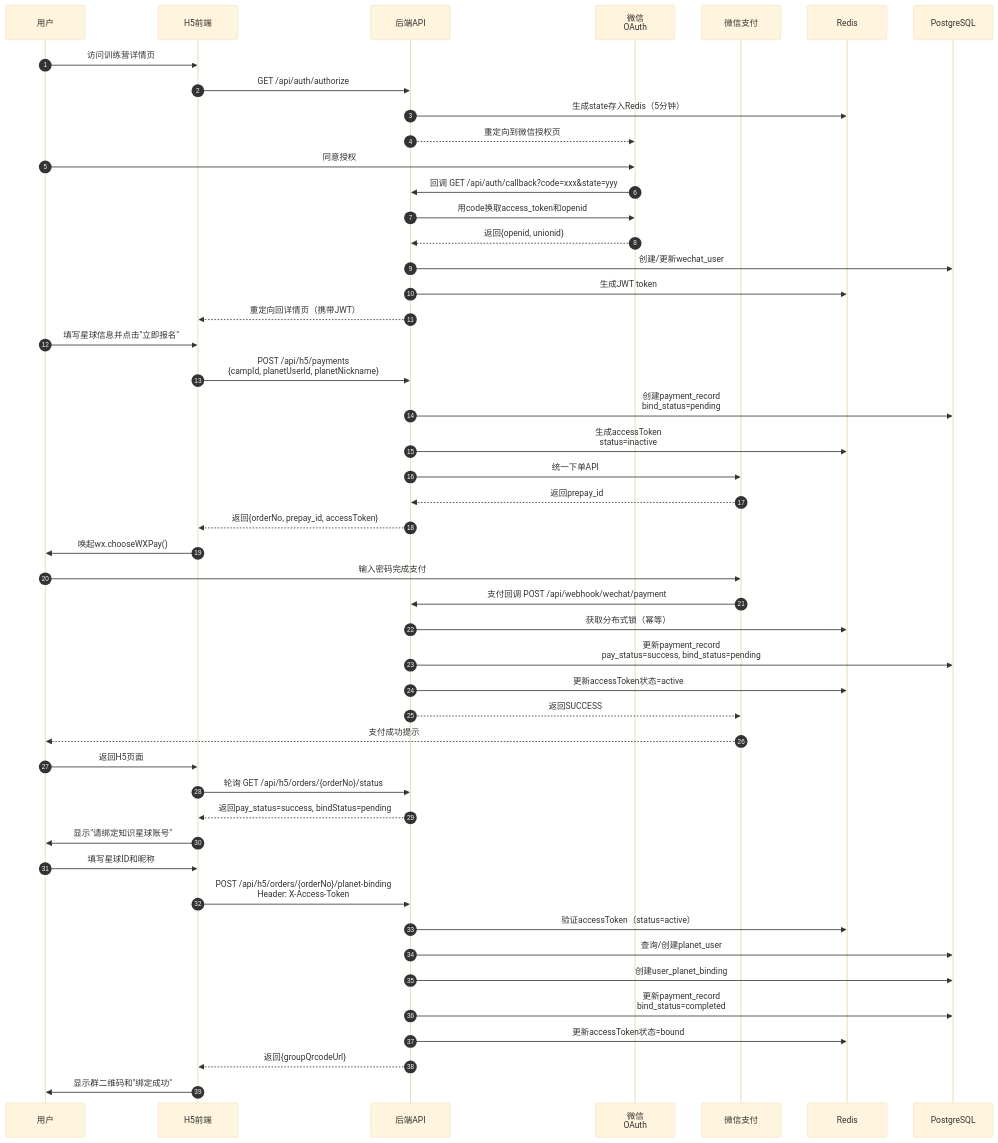
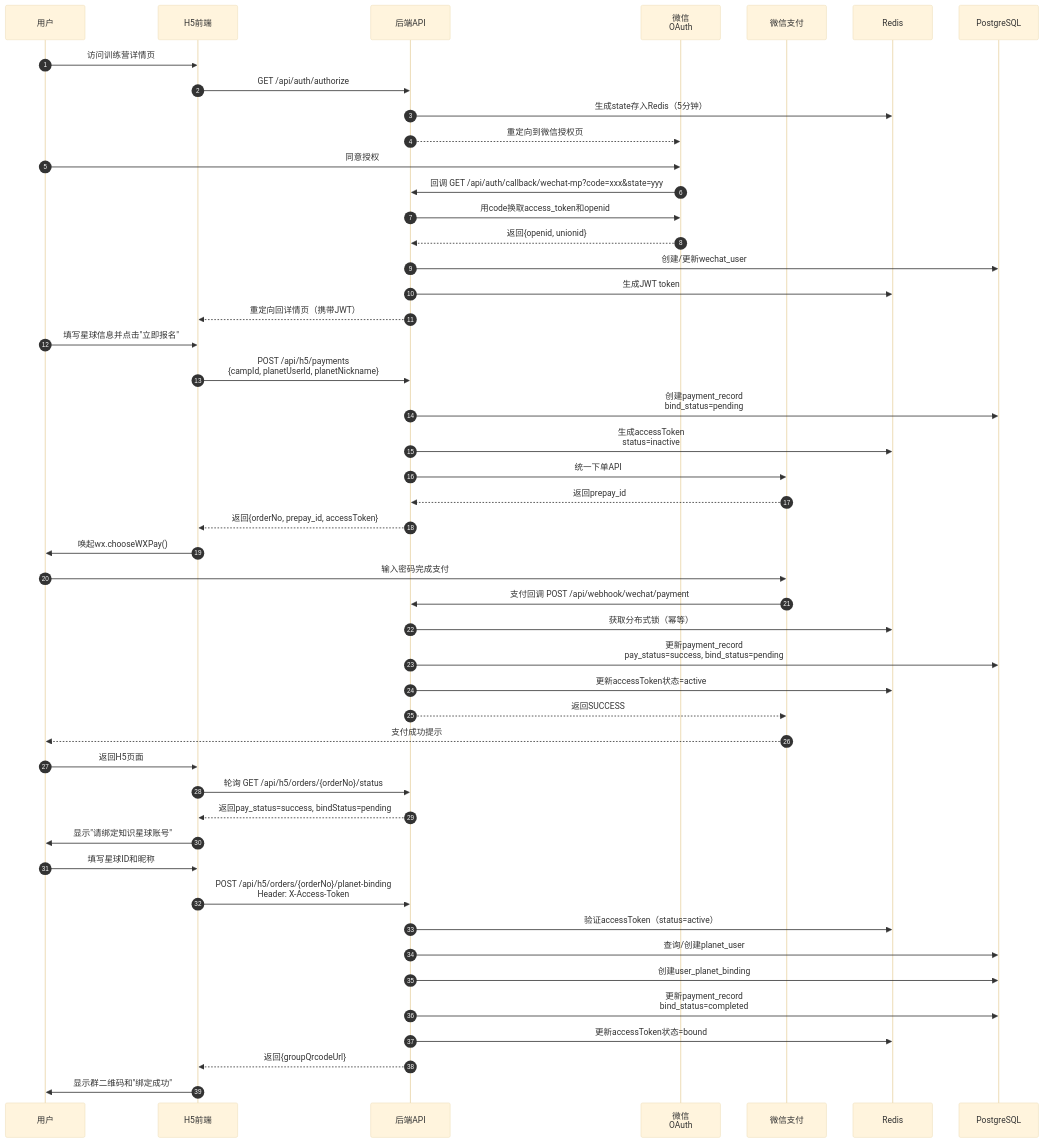
Before and after one commit to yiancode/AutoDepositRefundAgent: the first of 3 diagrams in docs/v1/user-stories/EP02-会员报名与支付.md, drawn with Mermaid (base theme). The commit also changed other lines of this file and 3 other files, not shown here.

````diff
--- a/docs/v1/user-stories/EP02-会员报名与支付.md
+++ b/docs/v1/user-stories/EP02-会员报名与支付.md
@@ -695,58 +695,58 @@
 ```mermaid
 sequenceDiagram
     autonumber
     participant User as 用户
     participant H5 as H5前端
     participant API as 后端API
     participant OAuth as 微信<br/>OAuth
     participant WXPay as 微信支付
     participant Redis
     participant DB as PostgreSQL
 
     %% 阶段1: OAuth授权
     User->>H5: 访问训练营详情页
     H5->>API: GET /api/auth/authorize
     API->>Redis: 生成state存入Redis（5分钟）
     API-->>OAuth: 重定向到微信授权页
     User->>OAuth: 同意授权
-    OAuth->>API: 回调 GET /api/auth/callback?code=xxx&state=yyy
+    OAuth->>API: 回调 GET /api/auth/callback/wechat-mp?code=xxx&state=yyy
     API->>OAuth: 用code换取access_token和openid
     OAuth-->>API: 返回{openid, unionid}
     API->>DB: 创建/更新wechat_user
     API->>Redis: 生成JWT token
     API-->>H5: 重定向回详情页（携带JWT）
 
     %% 阶段2: 创建订单
     User->>H5: 填写星球信息并点击"立即报名"
     H5->>API: POST /api/h5/payments<br/>{campId, planetUserId, planetNickname}
     API->>DB: 创建payment_record<br/>bind_status=pending
     API->>Redis: 生成accessToken<br/>status=inactive
     API->>WXPay: 统一下单API
     WXPay-->>API: 返回prepay_id
     API-->>H5: 返回{orderNo, prepay_id, accessToken}
 
     %% 阶段3: 微信支付
     H5->>User: 唤起wx.chooseWXPay()
     User->>WXPay: 输入密码完成支付
     WXPay->>API: 支付回调 POST /api/webhook/wechat/payment
     API->>Redis: 获取分布式锁（幂等）
     API->>DB: 更新payment_record<br/>pay_status=success, bind_status=pending
     API->>Redis: 更新accessToken状态=active
     API-->>WXPay: 返回SUCCESS
 
     %% 阶段4: 绑定星球账号
     WXPay-->>User: 支付成功提示
     User->>H5: 返回H5页面
     H5->>API: 轮询 GET /api/h5/orders/{orderNo}/status
     API-->>H5: 返回pay_status=success, bindStatus=pending
     H5->>User: 显示"请绑定知识星球账号"
     User->>H5: 填写星球ID和昵称
     H5->>API: POST /api/h5/orders/{orderNo}/planet-binding<br/>Header: X-Access-Token
     API->>Redis: 验证accessToken（status=active）
     API->>DB: 查询/创建planet_user
     API->>DB: 创建user_planet_binding
     API->>DB: 更新payment_record<br/>bind_status=completed
     API->>Redis: 更新accessToken状态=bound
     API-->>H5: 返回{groupQrcodeUrl}
     H5->>User: 显示群二维码和"绑定成功"
 ```
````
